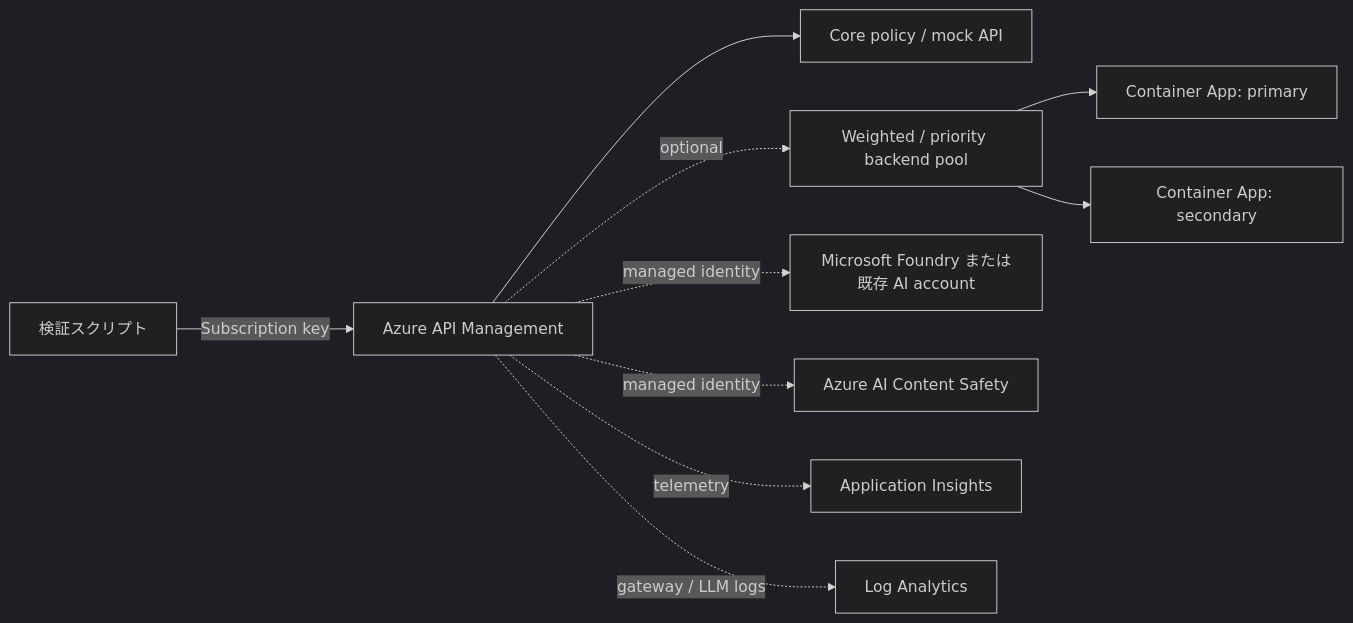
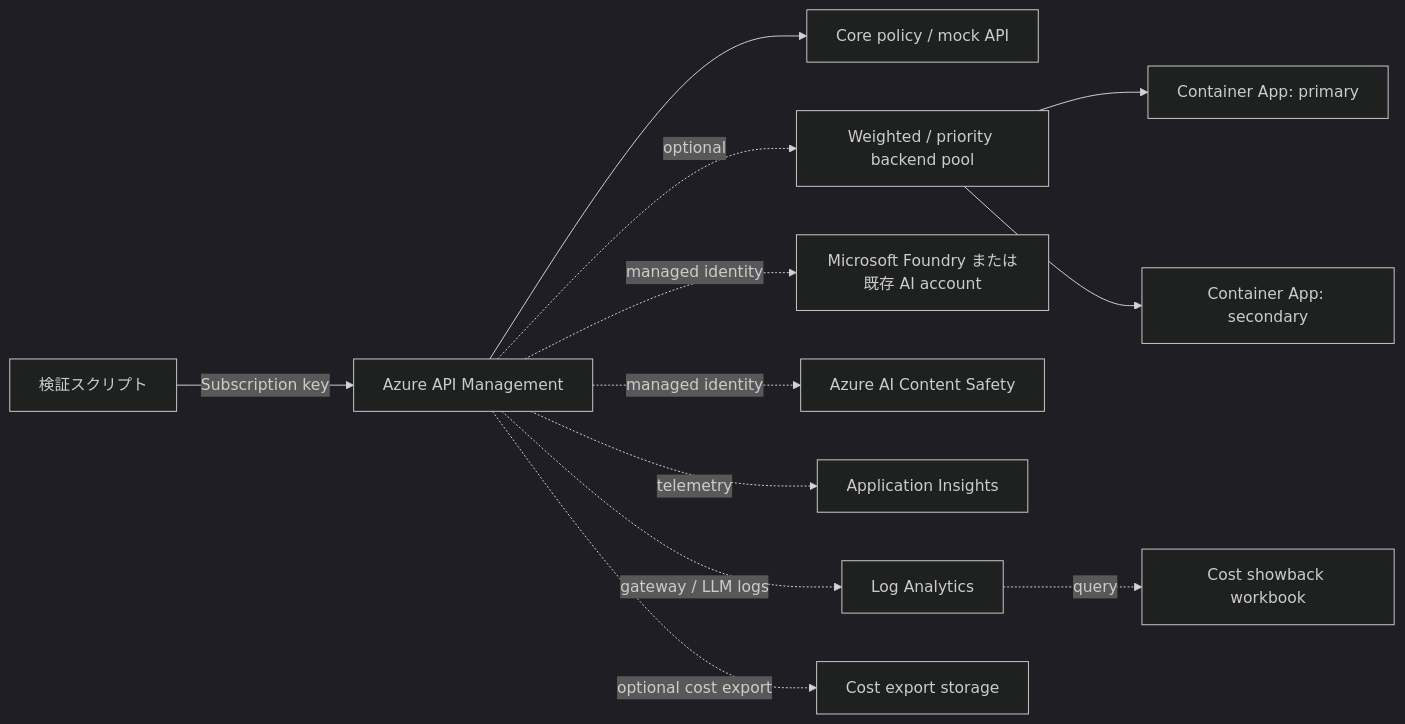
Before and after one commit to ks6088ts/template-terraform: the first of 6 diagrams in infra/scenarios/azure_apim_playground/README.ja.md, drawn with Mermaid (dark theme). The commit also changed other lines of this file and 32 other files, not shown here.

````diff
--- a/infra/scenarios/azure_apim_playground/README.ja.md
+++ b/infra/scenarios/azure_apim_playground/README.ja.md
@@ -17,12 +17,14 @@
 ```mermaid
 flowchart LR
         Client["検証スクリプト"] -->|Subscription key| APIM["Azure API Management"]
         APIM --> Core["Core policy / mock API"]
         APIM -. optional .-> Pool["Weighted / priority backend pool"]
         Pool --> Primary["Container App: primary"]
         Pool --> Secondary["Container App: secondary"]
         APIM -. managed identity .-> AI["Microsoft Foundry または既存 AI account"]
         APIM -. managed identity .-> Safety["Azure AI Content Safety"]
         APIM -. telemetry .-> AppInsights["Application Insights"]
         APIM -. gateway / LLM logs .-> LogAnalytics["Log Analytics"]
+        LogAnalytics -. query .-> Workbook["Cost showback workbook"]
+        APIM -. optional cost export .-> Storage["Cost export storage"]
 ```
````
